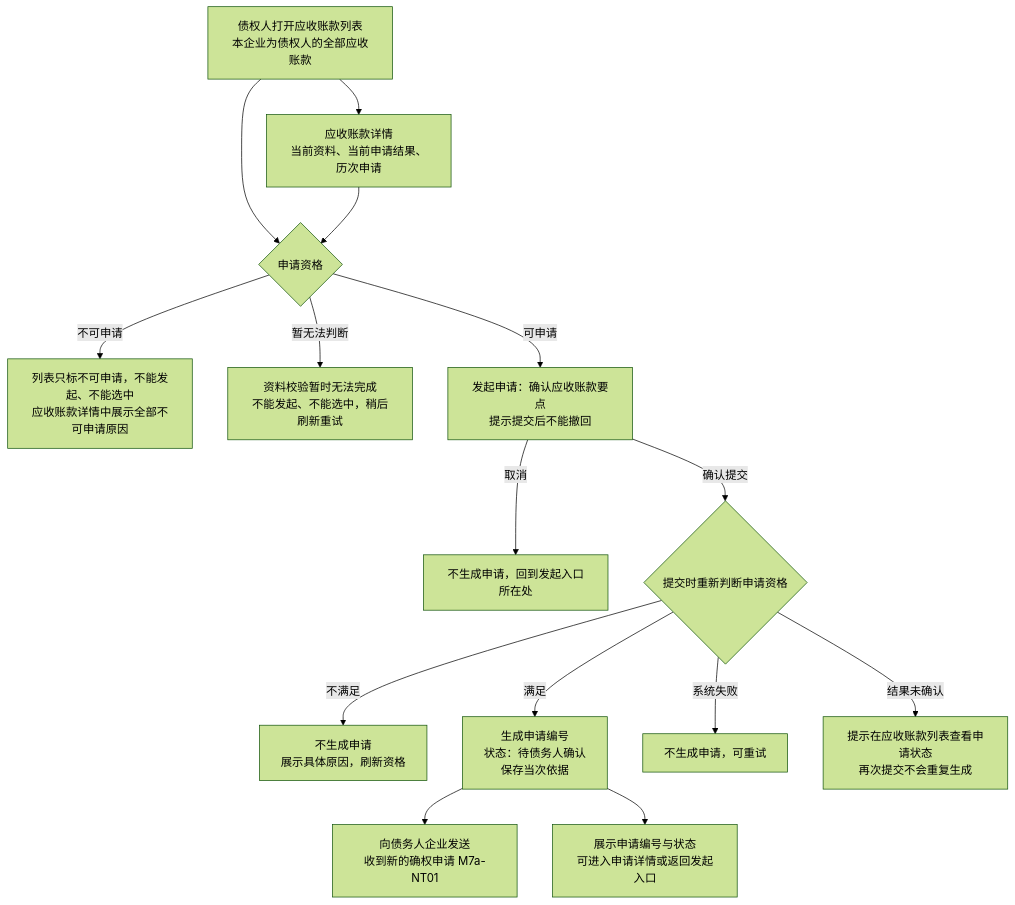
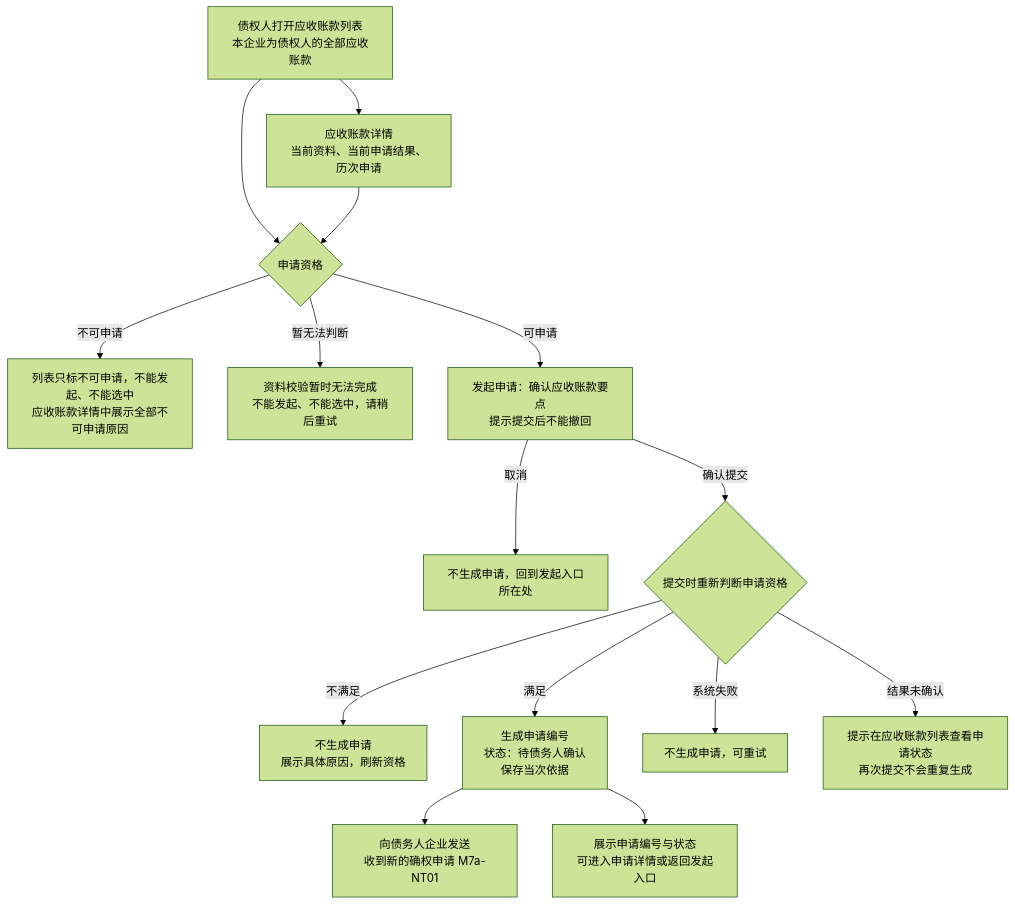
The first of 4 diagrams in asset-trust-platform/PRD/企业端/M7a-应收查看与确权申请/02-应收查看与确权申请-流程图与状态机.md (wxblockchain/Chain-Financing), drawn with Mermaid (forest theme) before and after one commit. The commit also changed 2 other files, not shown here.

Commit message:
prd(WS-670): settle M7a eval clarifications Q-E07..Q-E09
- Failing to obtain M3's info check is treated as 暂无法判断 in both the
  list and the detail; only a whole-page failure uses the load-fail rule.
- The "资料齐全且有效暂无法判断" note sits at that condition's position
  in the fixed reason order.
- Unify the retry text to "资料校验暂时无法完成，请稍后重试".

````diff
--- a/asset-trust-platform/PRD/企业端/M7a-应收查看与确权申请/02-应收查看与确权申请-流程图与状态机.md
+++ b/asset-trust-platform/PRD/企业端/M7a-应收查看与确权申请/02-应收查看与确权申请-流程图与状态机.md
@@ -17,17 +17,17 @@
 ```mermaid
 flowchart TD
     A[债权人打开应收账款列表<br/>本企业为债权人的全部应收账款] --> B[应收账款详情<br/>当前资料、当前申请结果、历次申请]
     A --> C{申请资格}
     B --> C
     C -->|不可申请| C1[列表只标不可申请，不能发起、不能选中<br/>应收账款详情中展示全部不可申请原因]
-    C -->|暂无法判断| C2[资料校验暂时无法完成<br/>不能发起、不能选中，稍后刷新重试]
+    C -->|暂无法判断| C2[资料校验暂时无法完成<br/>不能发起、不能选中，请稍后重试]
     C -->|可申请| D[发起申请：确认应收账款要点<br/>提示提交后不能撤回]
     D -->|取消| A1[不生成申请，回到发起入口所在处]
     D -->|确认提交| E{提交时重新判断申请资格}
     E -->|不满足| E1[不生成申请<br/>展示具体原因，刷新资格]
     E -->|满足| F[生成申请编号<br/>状态：待债务人确认<br/>保存当次依据]
     F --> G[向债务人企业发送<br/>收到新的确权申请 M7a-NT01]
     F --> H[展示申请编号与状态<br/>可进入申请详情或返回发起入口]
     E -->|系统失败| E2[不生成申请，可重试]
     E -->|结果未确认| E3[提示在应收账款列表查看申请状态<br/>再次提交不会重复生成]
 ```
````
